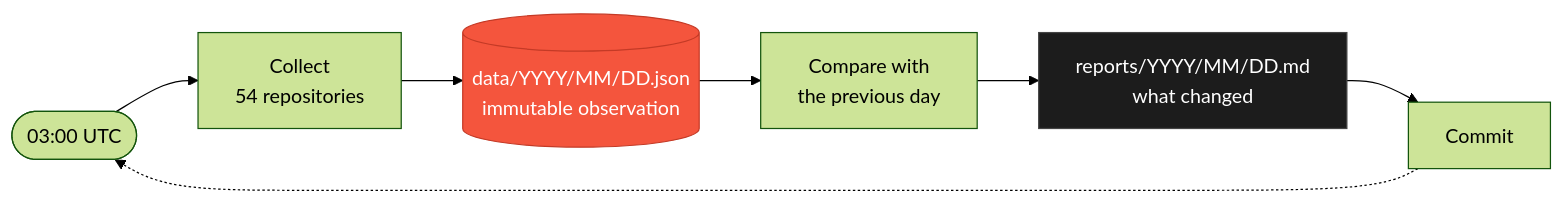
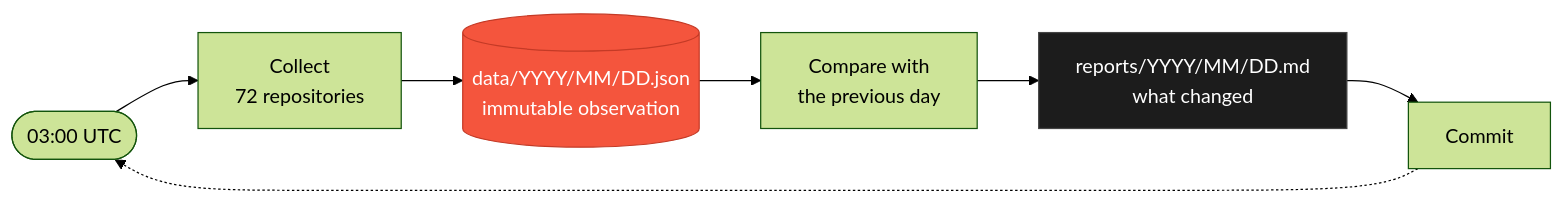
The diagram in README.md (PeacexF/ghistory), drawn with Mermaid (forest theme) before and after one commit. The commit also changed other lines of this file and 3 other files, not shown here.

````diff
--- a/README.md
+++ b/README.md
@@ -32,12 +32,12 @@
 ```mermaid
 flowchart LR
-    A(["03:00 UTC"]) --> B["Collect<br/>54 repositories"]
+    A(["03:00 UTC"]) --> B["Collect<br/>72 repositories"]
     B --> C[("data/YYYY/MM/DD.json<br/>immutable observation")]
     C --> D["Compare with<br/>the previous day"]
     D --> E["reports/YYYY/MM/DD.md<br/>what changed"]
     E --> F["Commit"]
     F -.-> A
 
     style C fill:#F4553D,stroke:#c43a26,color:#fff
     style E fill:#1c1c1c,stroke:#444,color:#fff
 ```
````
